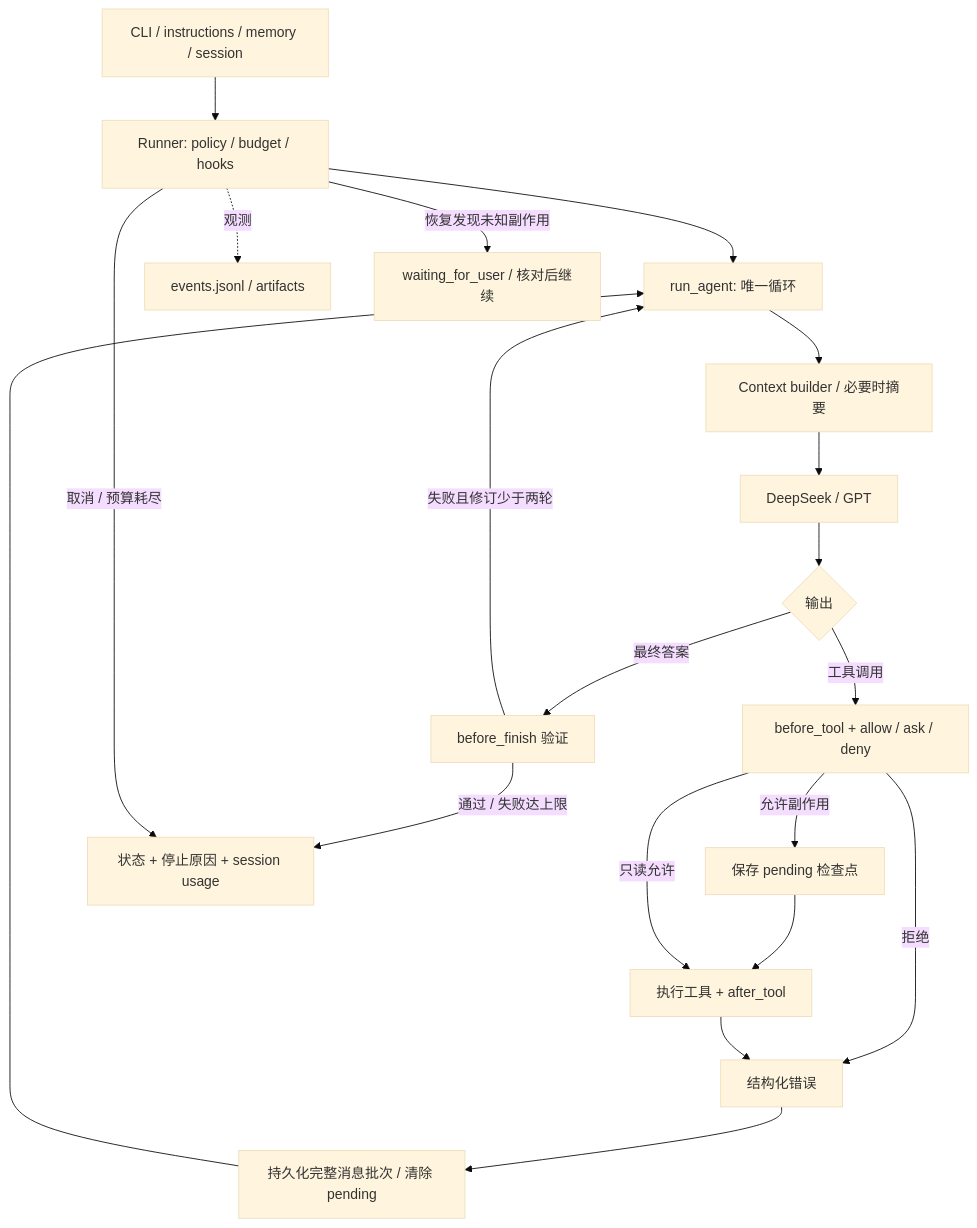
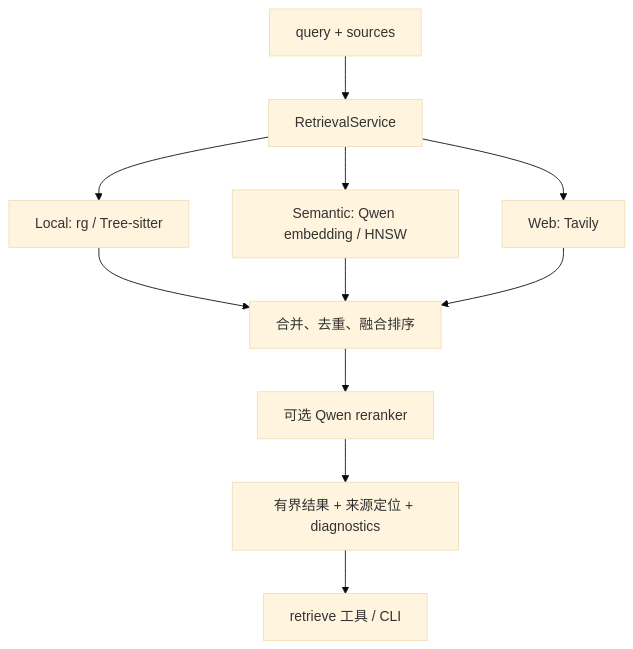
The diagram in src/ajagent/rag/README.md (Huangsj1/ajAgent), drawn with Mermaid (base theme) before and after one commit. The commit also changed other lines of this file and 44 other files, not shown here.

````diff
--- a/src/ajagent/rag/README.md
+++ b/src/ajagent/rag/README.md
@@ -3,22 +3,13 @@
 ```mermaid
 flowchart TD
-    U[CLI / instructions / memory / session] --> R[Runner: policy / budget / hooks]
-    R --> L[run_agent: 唯一循环]
-    L --> C[Context builder / 必要时摘要]
-    C --> M[DeepSeek / GPT]
-    M --> D{输出}
-    D -->|工具调用| P[before_tool + allow / ask / deny]
-    P -->|允许副作用| I[保存 pending 检查点]
-    I --> T[执行工具 + after_tool]
-    P -->|只读允许| T
-    P -->|拒绝| O[结构化错误]
-    T --> O
-    O --> S[持久化完整消息批次 / 清除 pending]
-    S --> L
-    D -->|最终答案| V[before_finish 验证]
-    V -->|失败且修订少于两轮| L
-    V -->|通过 / 失败达上限| F[状态 + 停止原因 + session usage]
-    R -.观测.-> E[events.jsonl / artifacts]
-    R -->|取消 / 预算耗尽| F
-    R -->|恢复发现未知副作用| W[waiting_for_user / 核对后继续]
+    Q[query + sources] --> S[RetrievalService]
+    S --> L[Local: rg / Tree-sitter]
+    S --> E[Semantic: Qwen embedding / HNSW]
+    S --> W[Web: Tavily]
+    L --> F[合并、去重、融合排序]
+    E --> F
+    W --> F
+    F --> R[可选 Qwen reranker]
+    R --> H[有界结果 + 来源定位 + diagnostics]
+    H --> A[retrieve 工具 / CLI]
 ```
````
